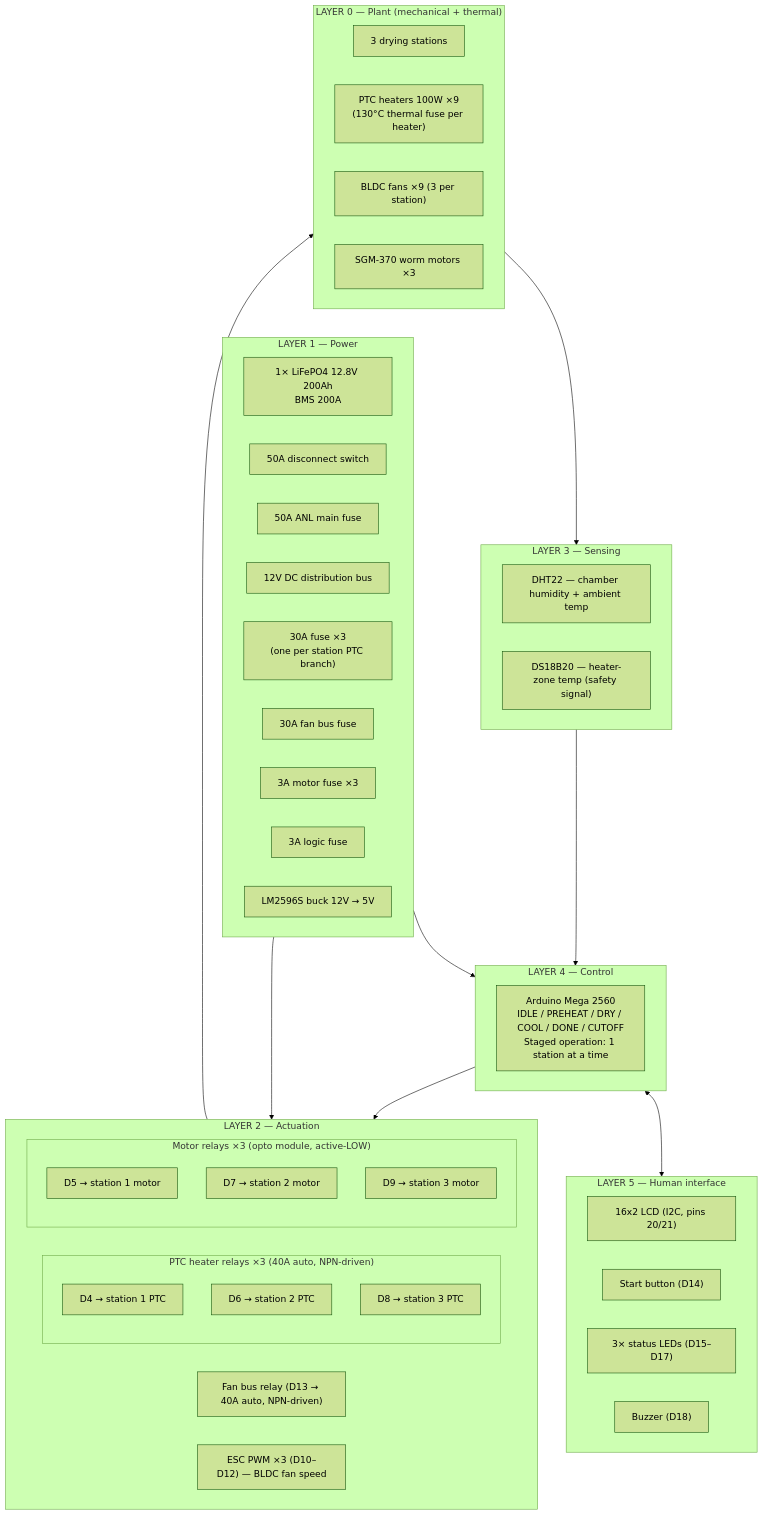
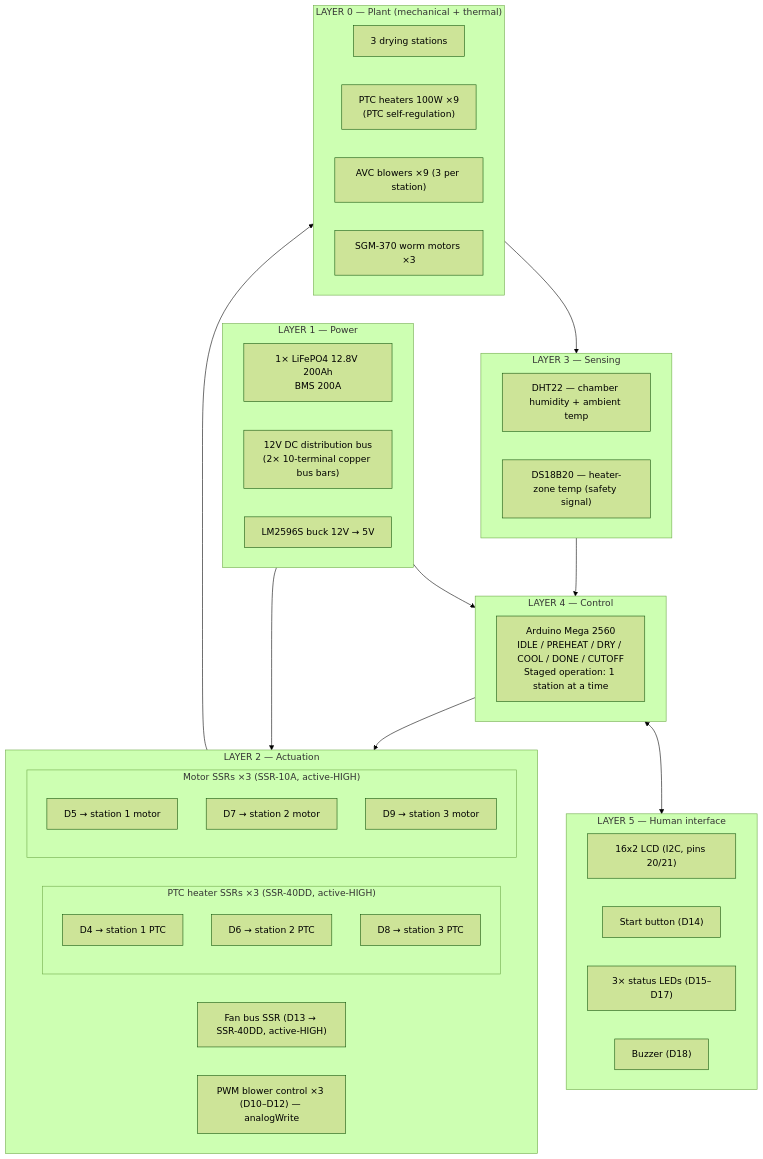
The first of 4 diagrams in docs/SYSTEM-ARCHITECTURE.md (qppd/umbrella-dryer-v2), drawn with Mermaid (forest theme) before and after one commit. The commit also changed other lines of this file and 7 other files, not shown here.

First line of the commit message:
Switch to AVC 12V 4.5A blowers (no ESCs), update BOM with new Lazada links/prices

````diff
--- a/docs/SYSTEM-ARCHITECTURE.md
+++ b/docs/SYSTEM-ARCHITECTURE.md
@@ -7,60 +7,54 @@
 ```mermaid
 flowchart TD
     subgraph L5["LAYER 5 — Human interface"]
         LCD["16x2 LCD (I2C, pins 20/21)"]
         BTN["Start button (D14)"]
         LED["3× status LEDs (D15–D17)"]
         BUZ["Buzzer (D18)"]
     end
 
     subgraph L4["LAYER 4 — Control"]
         FW["Arduino Mega 2560<br/>IDLE / PREHEAT / DRY / COOL / DONE / CUTOFF<br/>Staged operation: 1 station at a time"]
     end
 
     subgraph L3["LAYER 3 — Sensing"]
         DHT["DHT22 — chamber humidity + ambient temp"]
         DS["DS18B20 — heater-zone temp (safety signal)"]
     end
 
     subgraph L2["LAYER 2 — Actuation"]
-        subgraph PTC_RELAYS["PTC heater relays ×3 (40A auto, NPN-driven)"]
+        subgraph PTC_SSR["PTC heater SSRs ×3 (SSR-40DD, active-HIGH)"]
             PR1["D4 → station 1 PTC"]
             PR2["D6 → station 2 PTC"]
             PR3["D8 → station 3 PTC"]
         end
-        subgraph MOT_RELAYS["Motor relays ×3 (opto module, active-LOW)"]
+        subgraph MOT_SSR["Motor SSRs ×3 (SSR-10A, active-HIGH)"]
             MR1["D5 → station 1 motor"]
             MR2["D7 → station 2 motor"]
             MR3["D9 → station 3 motor"]
         end
-        FAN_BUS["Fan bus relay (D13 → 40A auto, NPN-driven)"]
-        ESC_X["ESC PWM ×3 (D10–D12) — BLDC fan speed"]
+        FAN_SSR["Fan bus SSR (D13 → SSR-40DD, active-HIGH)"]
+        PWM_FAN["PWM blower control ×3 (D10–D12) — analogWrite"]
     end
 
     subgraph L1["LAYER 1 — Power"]
         BANK["1× LiFePO4 12.8V 200Ah<br/>BMS 200A"]
-        DISC["50A disconnect switch"]
-        FUSE_MAIN["50A ANL main fuse"]
-        DIST["12V DC distribution bus"]
-        FUSE_PTC["30A fuse ×3<br/>(one per station PTC branch)"]
-        FUSE_FAN["30A fan bus fuse"]
-        FUSE_MOT["3A motor fuse ×3"]
-        FUSE_LOGIC["3A logic fuse"]
+        BUS["12V DC distribution bus<br/>(2× 10-terminal copper bus bars)"]
         BUCK["LM2596S buck 12V → 5V"]
     end
 
     subgraph L0["LAYER 0 — Plant (mechanical + thermal)"]
         CH["3 drying stations"]
-        PTC_ALL["PTC heaters 100W ×9<br/>(130°C thermal fuse per heater)"]
-        FAN_ALL["BLDC fans ×9 (3 per station)"]
+        PTC_ALL["PTC heaters 100W ×9<br/>(PTC self-regulation)"]
+        BLOW_ALL["AVC blowers ×9 (3 per station)"]
         MOT_ALL["SGM-370 worm motors ×3"]
     end
 
     L0 --> L3
     L3 --> L4
     L4 --> L2
     L2 --> L0
     L1 --> L2
     L1 --> L4
     L4 <--> L5
 ```
````
